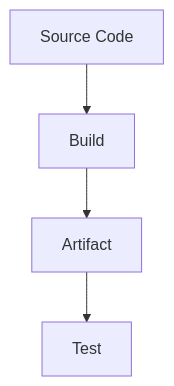
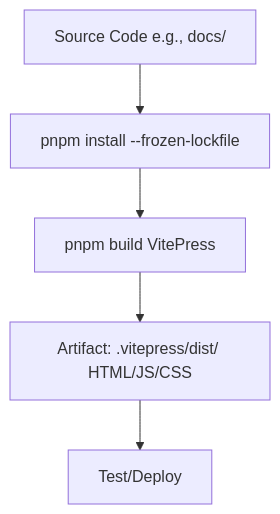
Before and after one commit to JonasCruzMartinez/devops-workshop-vitepress: the diagram in docs/theory/build.md, drawn with Mermaid. The commit also changed other lines of this file and 15 other files, not shown here.

````diff
--- a/docs/theory/build.md
+++ b/docs/theory/build.md
@@ -10,6 +11,7 @@
 ```mermaid
-graph TD;
-    A[Source Code] --> B[Build];
-    B --> C[Artifact];
-    C --> D[Test];
+graph TD
+  A[Source Code e.g., docs/] --> B[pnpm install --frozen-lockfile]
+  B --> C[pnpm build VitePress]
+  C --> D[Artifact: .vitepress/dist/ HTML/JS/CSS]
+  D --> E[Test/Deploy]
 ```
````
